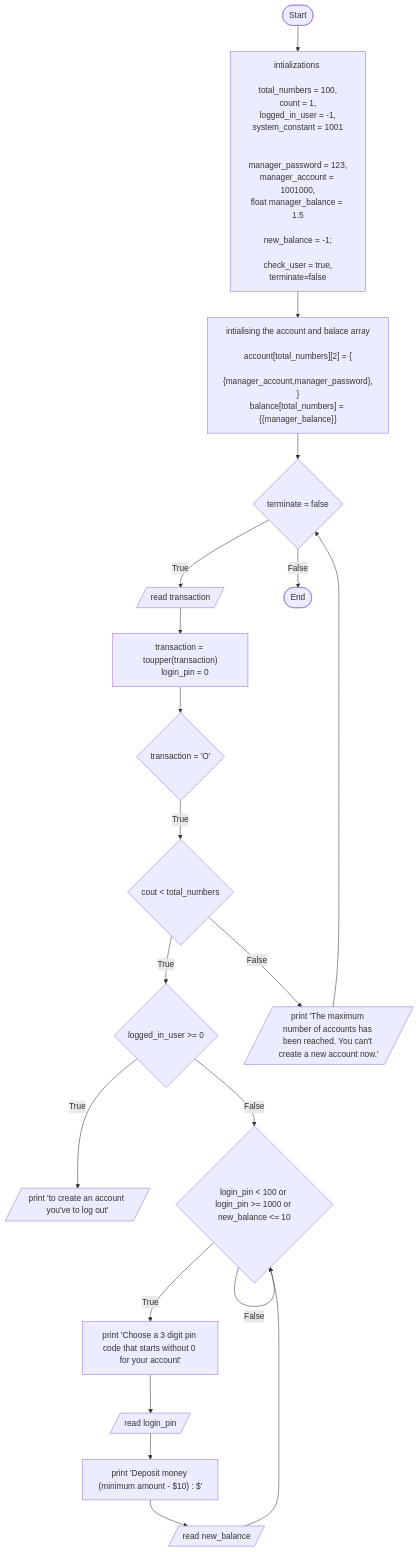
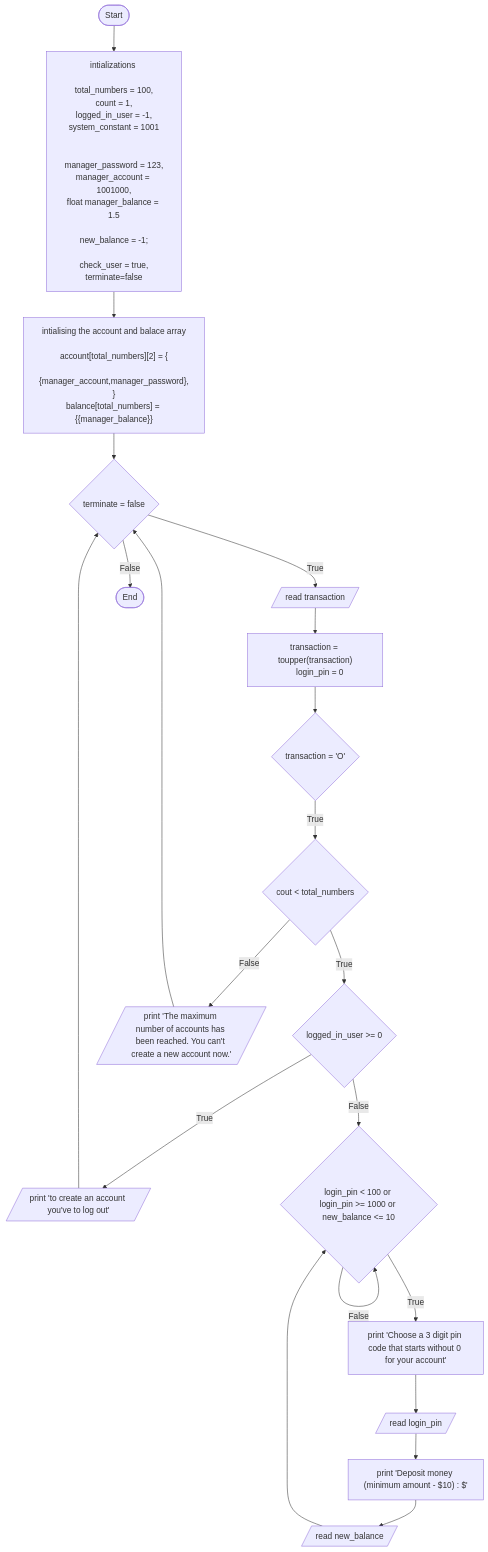
The diagram in FoP I/flowchart.md (Ludis-ET/Bank-Account), drawn with Mermaid before and after one commit.

````diff
--- a/FoP I/flowchart.md
+++ b/FoP I/flowchart.md
@@ -1,76 +1,78 @@
 ```mermaid
     flowchart TD;
     A([Start])-->B["
     intializations 
 
     total_numbers = 100,
     count = 1,
     logged_in_user = -1,
     system_constant = 1001
 
 
     manager_password = 123,
     manager_account = 1001000,
     float manager_balance = 1.5
     
     new_balance = -1;
 
     check_user = true,
     terminate=false
     
     "];
 
 
     B-->C["
     
     intialising the account and balace array
 
     account[total_numbers][2] = {
         {manager_account,manager_password},
     }
     balance[total_numbers] = {{manager_balance}}
 
     "];
 
 
     C-->D{terminate = false}
 
     D -->|True| E[/read transaction/]
 
     D -->|False| E1([End]);
 
     E -->F["
         transaction = toupper(transaction)
         login_pin = 0
     "]
 
     F --> G{transaction = 'O'}
 
     G --> |True| H{cout < total_numbers}
 
     H --> |True| I{logged_in_user >= 0}
 
     H --> |False| I1[/ print 'The maximum number of accounts has been reached. You can't create a new account now.' /]
 
     I1 --> D
 
     I --> |True| J[/print 'to create an account you've to log out'/]
 
+    J --> D
+
     I --> |False| J1{login_pin < 100 or login_pin >= 1000 or new_balance <= 10}
 
     J1 --> |True| J2["print 'Choose a 3 digit pin code that starts without 0 for your account' "]
 
     J1 --> |False| J1
 
     J2 --> J3[/read login_pin/]
 
     J3 --> J4["print 'Deposit money (minimum amount - $10) : $' "]
 
     J4 --> J5[/read new_balance/]
 
     J5 --> J1
 
 
 
     
 ```
````
